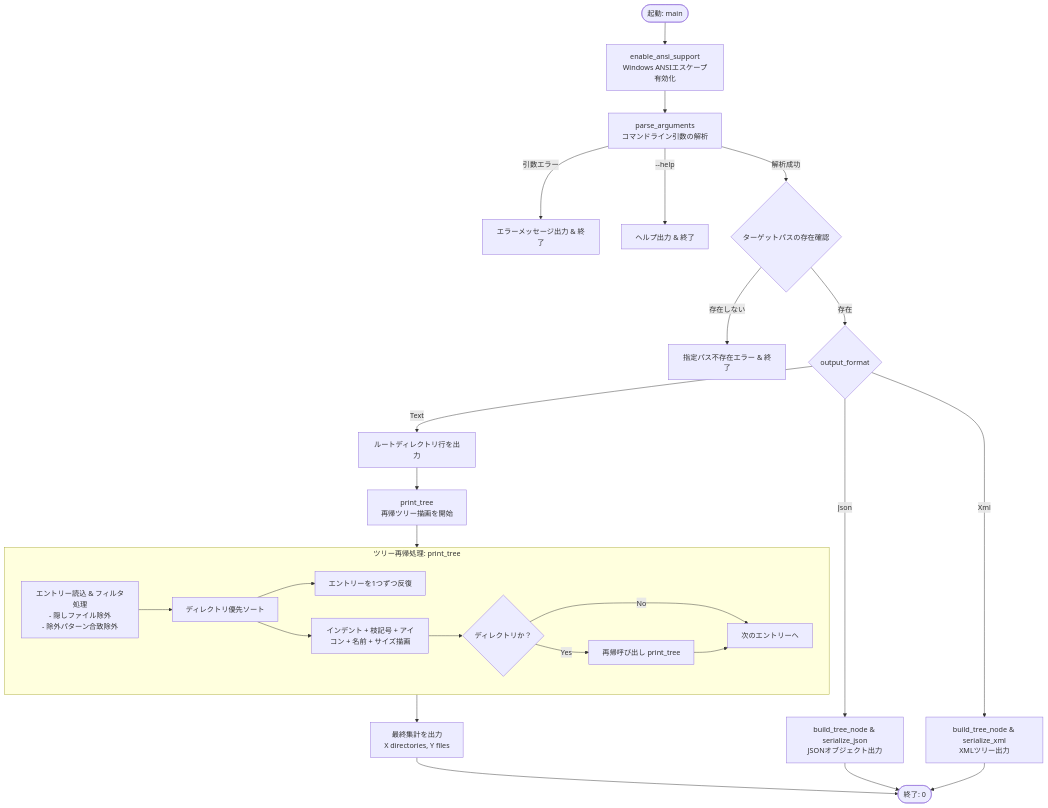
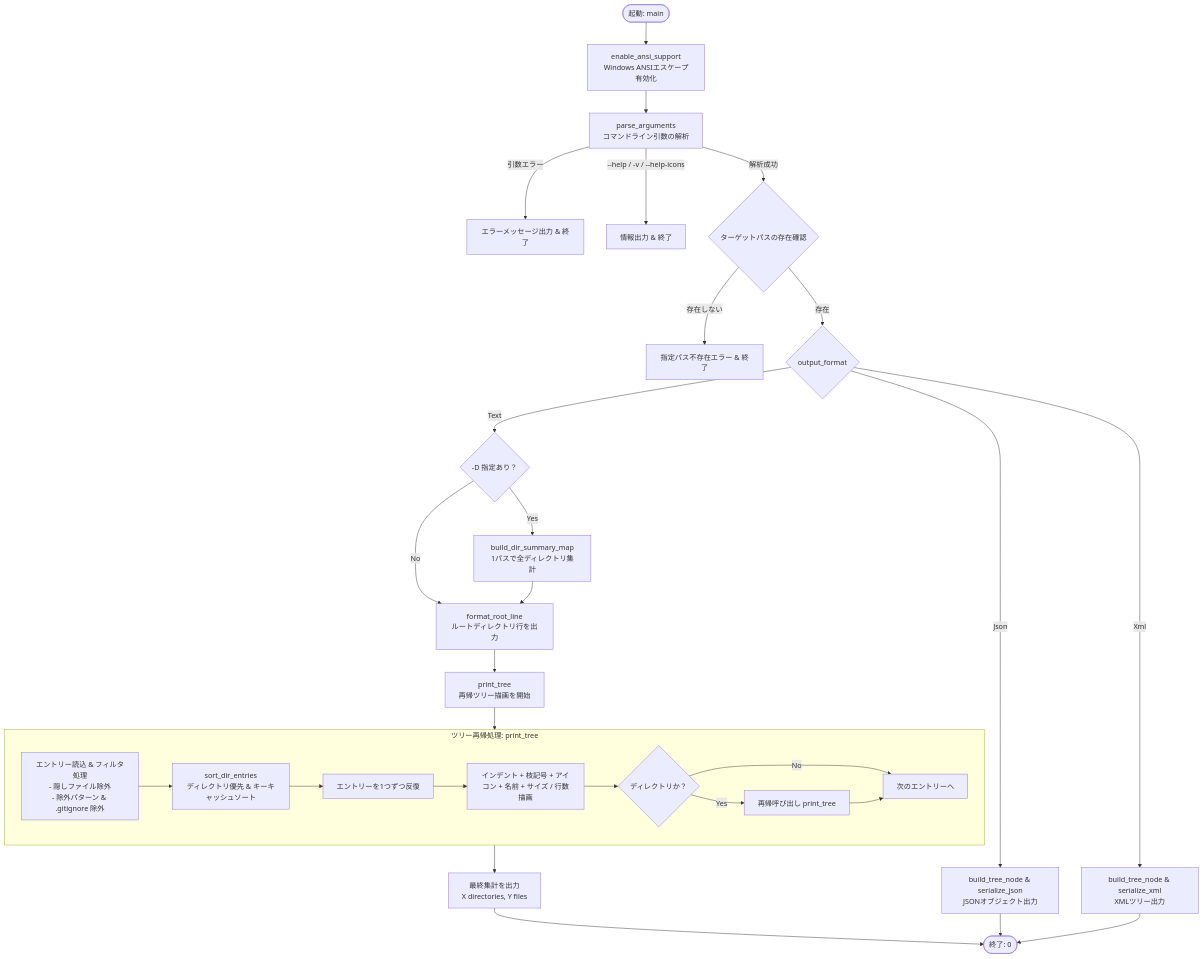
The first of 3 diagrams in docs/ja/DIAGRAM.md (tkshnkgwr/MyTree), drawn with Mermaid before and after one commit. The commit also changed other lines of this file and 21 other files, not shown here.

````diff
--- a/docs/ja/DIAGRAM.md
+++ b/docs/ja/DIAGRAM.md
@@ -11,42 +11,45 @@
 ```mermaid
 flowchart TD
     Start([起動: main]) --> EnableANSI[enable_ansi_support<br/>Windows ANSIエスケープ有効化]
     EnableANSI --> ParseArgs[parse_arguments<br/>コマンドライン引数の解析]
     
     ParseArgs -->|引数エラー| ErrExit[エラーメッセージ出力 & 終了]
-    ParseArgs -->|--help| HelpExit[ヘルプ出力 & 終了]
+    ParseArgs -->|--help / -v / --help-icons| HelpExit[情報出力 & 終了]
     ParseArgs -->|解析成功| CheckPath{ターゲットパスの存在確認}
     
     CheckPath -->|存在しない| PathErrExit[指定パス不存在エラー & 終了]
     CheckPath -->|存在| CheckFormat{output_format}
     
-    CheckFormat -->|Text| PrintRoot[ルートディレクトリ行を出力]
+    CheckFormat -->|Text| CheckDirSizes{-D 指定あり？}
+    CheckDirSizes -->|Yes| BuildSummary[build_dir_summary_map<br/>1パスで全ディレクトリ集計]
+    CheckDirSizes -->|No| PrintRoot[format_root_line<br/>ルートディレクトリ行を出力]
+    BuildSummary --> PrintRoot
     PrintRoot --> PrintTree[print_tree<br/>再帰ツリー描画を開始]
     
     subgraph TreeRecursion [ツリー再帰処理: print_tree]
-        FilterEntries[エントリー読込 & フィルタ処理<br/>- 隠しファイル除外<br/>- 除外パターン合致除外]
-        SortEntries[ディレクトリ優先ソート]
+        FilterEntries[エントリー読込 & フィルタ処理<br/>- 隠しファイル除外<br/>- 除外パターン & .gitignore 除外]
+        SortEntries[sort_dir_entries<br/>ディレクトリ優先 & キーキャッシュソート]
         LoopEntries[エントリーを1つずつ反復]
-        RenderLine[インデント + 枝記号 + アイコン + 名前 + サイズ描画]
+        RenderLine[インデント + 枝記号 + アイコン + 名前 + サイズ / 行数描画]
         IsSubDir{ディレクトリか？}
         RecurseSub[再帰呼び出し print_tree]
         
         FilterEntries --> SortEntries
         SortEntries --> LoopEntries
-        SortEntries --> RenderLine
+        LoopEntries --> RenderLine
         RenderLine --> IsSubDir
         IsSubDir -->|Yes| RecurseSub
         IsSubDir -->|No| NextEntry[次のエントリーへ]
         RecurseSub --> NextEntry
     end
     
     PrintTree --> TreeRecursion
     TreeRecursion --> PrintSummary[最終集計を出力<br/>X directories, Y files]
     
     CheckFormat -->|Json| BuildTreeJson[build_tree_node & serialize_json<br/>JSONオブジェクト出力]
     CheckFormat -->|Xml| BuildTreeXml[build_tree_node & serialize_xml<br/>XMLツリー出力]
 
     PrintSummary --> End([終了: 0])
     BuildTreeJson --> End
     BuildTreeXml --> End
 ```
````
